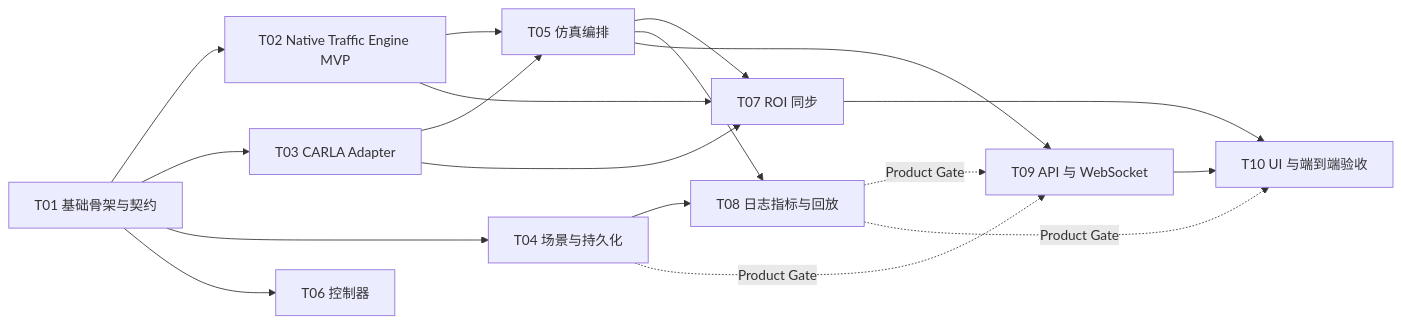
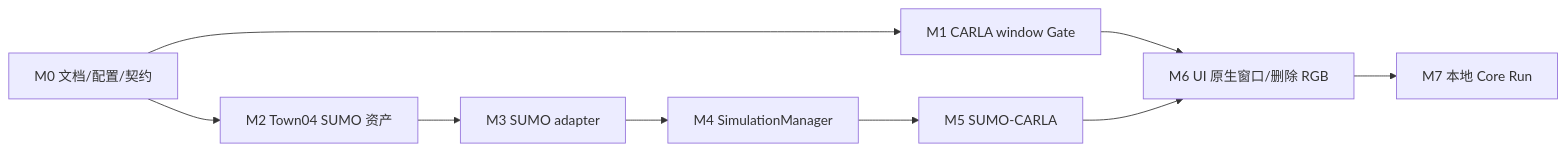
One commit to Harry-jiajia/TrafficSIM changed the diagram in docs/AGENT_DEVELOPMENT_GUIDE.md. Above: the diagram before and after it, drawn with Mermaid. The commit also changed other lines of this file and 83 other files, not shown here.

````diff
--- a/docs/AGENT_DEVELOPMENT_GUIDE.md
+++ b/docs/AGENT_DEVELOPMENT_GUIDE.md
@@ -63,20 +33,11 @@
 ```mermaid
 flowchart LR
-    T01["T01 基础骨架与契约"] --> T02["T02 Native Traffic Engine MVP"]
-    T01 --> T03["T03 CARLA Adapter"]
-    T01 --> T04["T04 场景与持久化"]
-    T01 --> T06["T06 控制器"]
-    T02 --> T05["T05 仿真编排"]
-    T03 --> T05
-    T02 --> T07["T07 ROI 同步"]
-    T03 --> T07
-    T05 --> T07
-    T04 --> T08["T08 日志指标与回放"]
-    T05 --> T08
-    T05 --> T09["T09 API 与 WebSocket"]
-    T04 -. "Product Gate" .-> T09
-    T08 -. "Product Gate" .-> T09
-    T09 --> T10["T10 UI 与端到端验收"]
-    T07 --> T10
-    T08 -. "Product Gate" .-> T10
+    M0["M0 文档/配置/契约"] --> M1["M1 CARLA window Gate"]
+    M0 --> M2["M2 Town04 SUMO 资产"]
+    M2 --> M3["M3 SUMO adapter"]
+    M3 --> M4["M4 SimulationManager"]
+    M4 --> M5["M5 SUMO-CARLA"]
+    M1 --> M6["M6 UI 原生窗口/删除 RGB"]
+    M5 --> M6
+    M6 --> M7["M7 本地 Core Run"]
 ```
````
